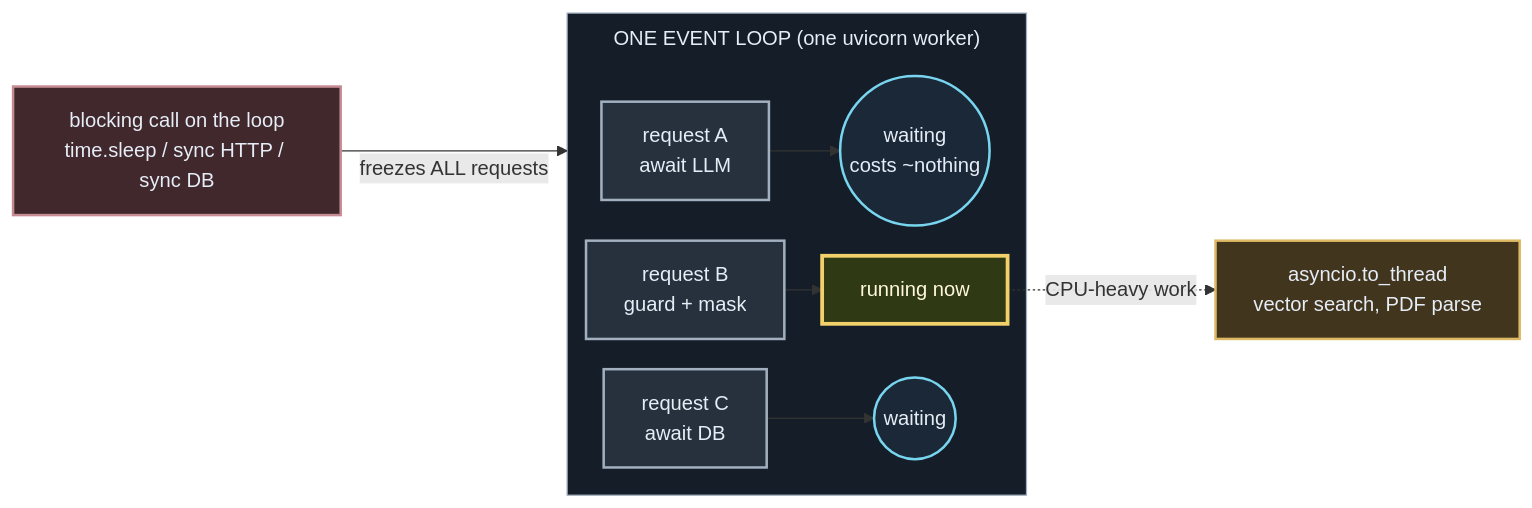
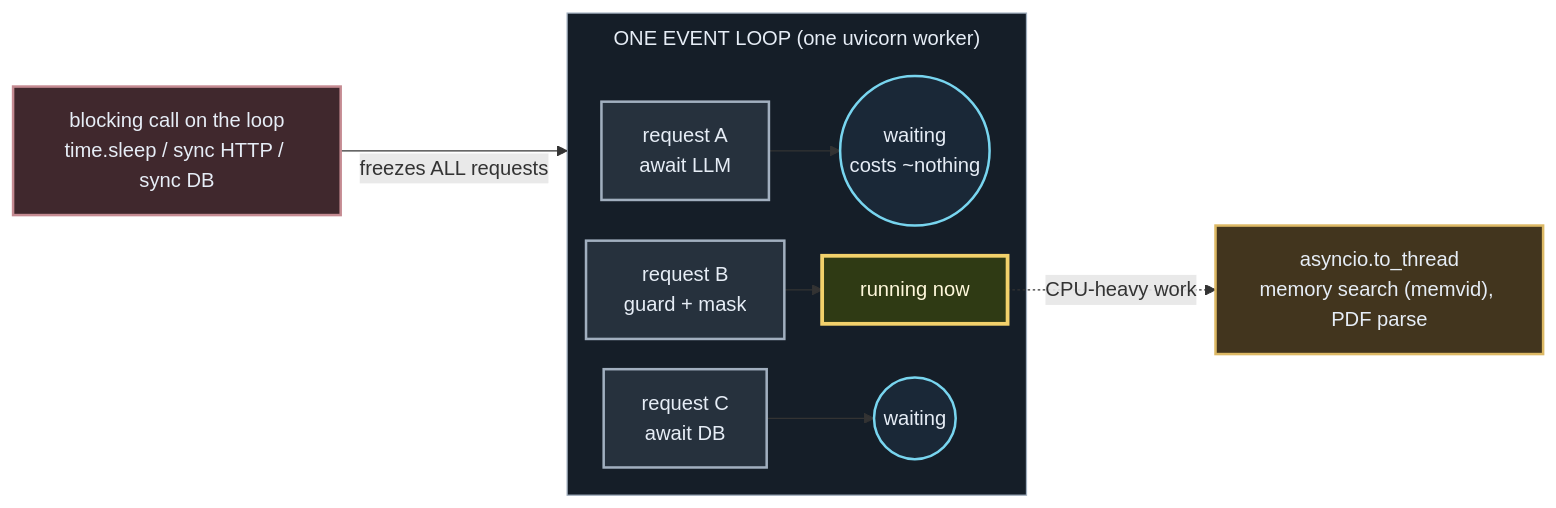
Before and after one commit to ai-agent-orchestrator/spring-fastapi-async-refactor: the diagram in diagrams/04-event-loop.mmd, drawn with Mermaid. The commit also changed 4 other files, not shown here.

```diff
--- a/diagrams/04-event-loop.mmd
+++ b/diagrams/04-event-loop.mmd
@@ -1,23 +1,23 @@
 %%{init: {"flowchart": {"rankSpacing": 30, "nodeSpacing": 24, "subGraphTitleMargin": {"top": 8, "bottom": 20}}}}%%
 flowchart LR
     subgraph LOOP["ONE EVENT LOOP (one uvicorn worker)"]
         R1["request A<br/>await LLM"] --> W1(("waiting<br/>costs ~nothing"))
         R2["request B<br/>guard + mask"] --> RUN["running now"]
         R3["request C<br/>await DB"] --> W2(("waiting"))
     end
-    RUN -.->|"CPU-heavy work"| OFF["asyncio.to_thread<br/>vector search, PDF parse"]
+    RUN -.->|"CPU-heavy work"| OFF["asyncio.to_thread<br/>memory search (memvid), PDF parse"]
     BAD["blocking call on the loop<br/>time.sleep / sync HTTP / sync DB"] -->|"freezes ALL requests"| LOOP
     class R1,R2,R3 python
     class W1,W2 result
     class RUN ours
     class OFF control
     class BAD stop
     classDef engineering fill:#18344b,stroke:#5ba7db,stroke-width:2px,color:#e6edf6
     classDef python fill:#26313d,stroke:#a1afbf,stroke-width:2px,color:#e6edf6
     classDef java fill:#1f3320,stroke:#8fcf86,stroke-width:2px,color:#e6f6e4
     classDef ours fill:#2f3a14,stroke:#f2d16b,stroke-width:3px,color:#fff8dc
     classDef worker fill:#4b2b22,stroke:#d39a6a,stroke-width:3px,color:#fff0e6
     classDef control fill:#42351e,stroke:#ddb965,stroke-width:2px,color:#e6edf6
     classDef result fill:#1a2837,stroke:#78d5ef,stroke-width:2px,color:#e6edf6
     classDef stop fill:#40282d,stroke:#c58b92,stroke-width:2px,color:#e6edf6
     style LOOP fill:#151e28,stroke:#a1afbf,stroke-width:1px,color:#e6edf6
```
